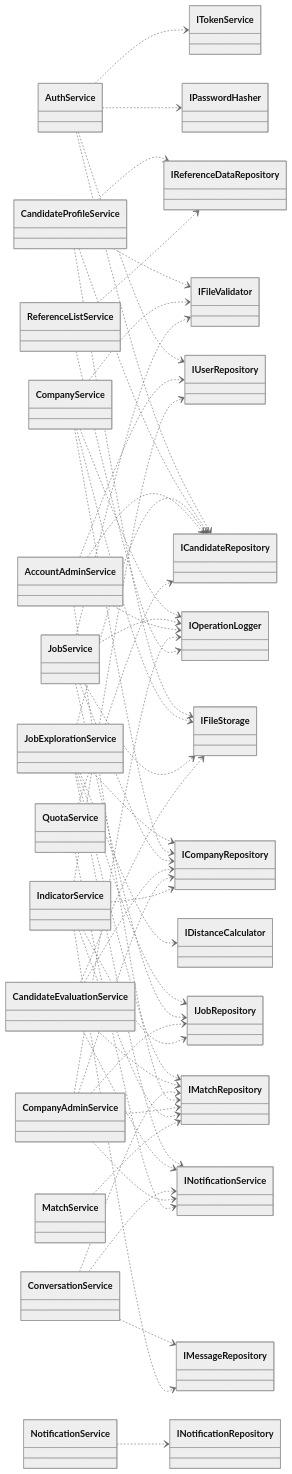
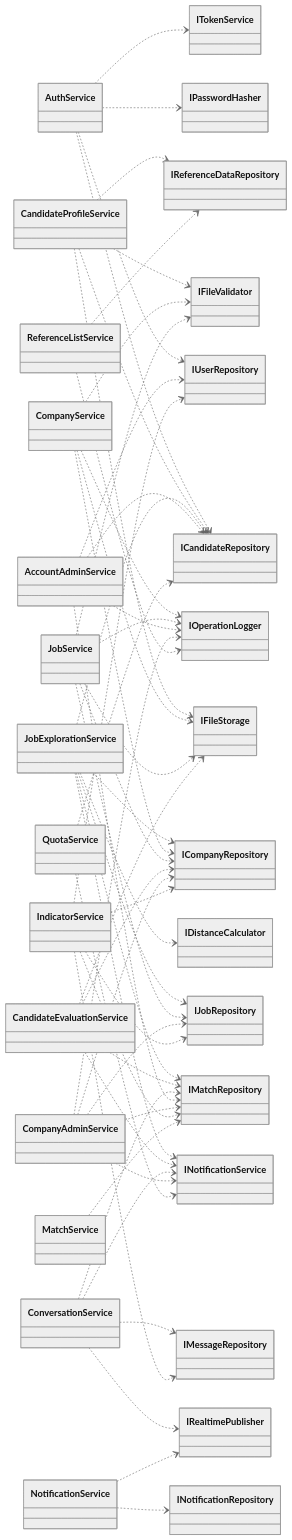
One commit to katch-lds/katch-docs changed the tenth of 15 diagrams in 04-artefactos-tecnicos/04.07-modelos-de-classes/m2-modelo-classes-backend-v01.md. Above: the diagram before and after it, drawn with Mermaid (neutral theme). The commit also changed other lines of this file, not shown here.

````diff
--- a/04-artefactos-tecnicos/04.07-modelos-de-classes/m2-modelo-classes-backend-v01.md
+++ b/04-artefactos-tecnicos/04.07-modelos-de-classes/m2-modelo-classes-backend-v01.md
@@ -938,68 +950,70 @@
 ```mermaid
 classDiagram
     direction LR
     class AuthService
     class CandidateProfileService
     class JobExplorationService
     class CompanyService
     class JobService
     class CandidateEvaluationService
     class ConversationService
     class NotificationService
     class AccountAdminService
     class CompanyAdminService
     class MatchService
     class IndicatorService
     class ReferenceListService
     class QuotaService
     AuthService ..> IUserRepository
     AuthService ..> ICandidateRepository
     AuthService ..> IPasswordHasher
     AuthService ..> ITokenService
     CandidateProfileService ..> ICandidateRepository
     CandidateProfileService ..> IReferenceDataRepository
     CandidateProfileService ..> IFileStorage
     CandidateProfileService ..> IFileValidator
     JobExplorationService ..> ICandidateRepository
     JobExplorationService ..> IJobRepository
     JobExplorationService ..> ICompanyRepository
     JobExplorationService ..> IMatchRepository
     JobExplorationService ..> IDistanceCalculator
     JobExplorationService ..> INotificationService
     CompanyService ..> ICompanyRepository
     CompanyService ..> IFileStorage
     CompanyService ..> IFileValidator
     CompanyService ..> IOperationLogger
     JobService ..> IJobRepository
     JobService ..> ICompanyRepository
     JobService ..> IFileStorage
     JobService ..> IFileValidator
     JobService ..> IOperationLogger
     CandidateEvaluationService ..> IMatchRepository
     CandidateEvaluationService ..> ICompanyRepository
     CandidateEvaluationService ..> IFileStorage
     CandidateEvaluationService ..> INotificationService
     ConversationService ..> IMatchRepository
     ConversationService ..> IMessageRepository
     ConversationService ..> INotificationService
+    ConversationService ..> IRealtimePublisher
     NotificationService ..> INotificationRepository
+    NotificationService ..> IRealtimePublisher
     AccountAdminService ..> IUserRepository
     AccountAdminService ..> ICandidateRepository
     AccountAdminService ..> IMatchRepository
     AccountAdminService ..> IOperationLogger
     CompanyAdminService ..> ICompanyRepository
     CompanyAdminService ..> IJobRepository
     CompanyAdminService ..> IMatchRepository
     CompanyAdminService ..> INotificationService
     CompanyAdminService ..> IOperationLogger
     IndicatorService ..> IUserRepository
     IndicatorService ..> ICompanyRepository
     IndicatorService ..> IJobRepository
     IndicatorService ..> IMatchRepository
     IndicatorService ..> IMessageRepository
     ReferenceListService ..> IReferenceDataRepository
     ReferenceListService ..> IOperationLogger
     MatchService ..> IMatchRepository
     QuotaService ..> ICandidateRepository
     QuotaService ..> INotificationService
 ```
````
